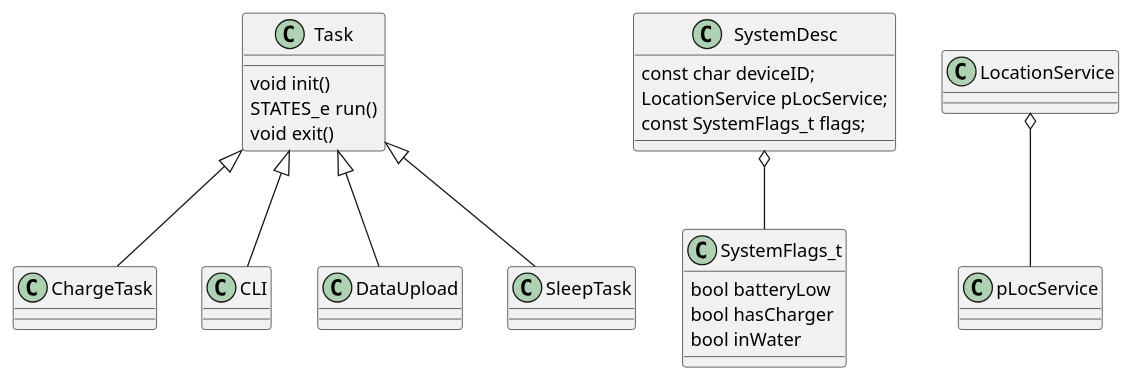
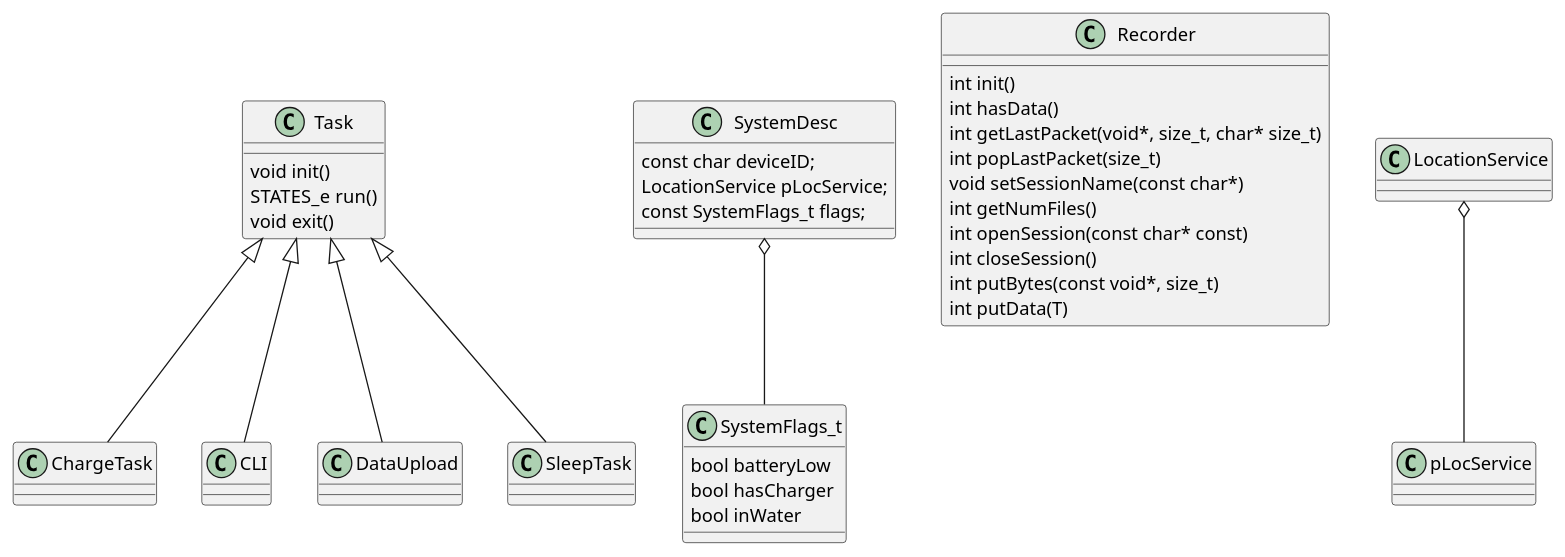
Before and after one commit to UCSD-E4E/smartfin-fw3: the diagram in docs/arch.puml, drawn with PlantUML.

Commit message:
docs: Adds Recorder class

```diff
--- a/docs/arch.puml
+++ b/docs/arch.puml
@@ -1,24 +1,37 @@
 @startuml
 class Task {
     void init()
     STATES_e run()
     void exit()
 }
 class ChargeTask extends Task
 class CLI extends Task
 class DataUpload extends Task
 class SleepTask extends Task
 
 class SystemDesc{
     const char deviceID;
     LocationService pLocService;
     const SystemFlags_t flags;
 }
 class SystemFlags_t{
     bool batteryLow
     bool hasCharger
     bool inWater
 }
+
+class Recorder {
+    int init()
+    int hasData()
+    int getLastPacket(void*, size_t, char* size_t)
+    int popLastPacket(size_t)
+    void setSessionName(const char*)
+    int getNumFiles()
+    int openSession(const char* const)
+    int closeSession()
+    int putBytes(const void*, size_t)
+    int putData(T)
+}
 LocationService o-- pLocService
 SystemDesc o-- SystemFlags_t
 @enduml
```
